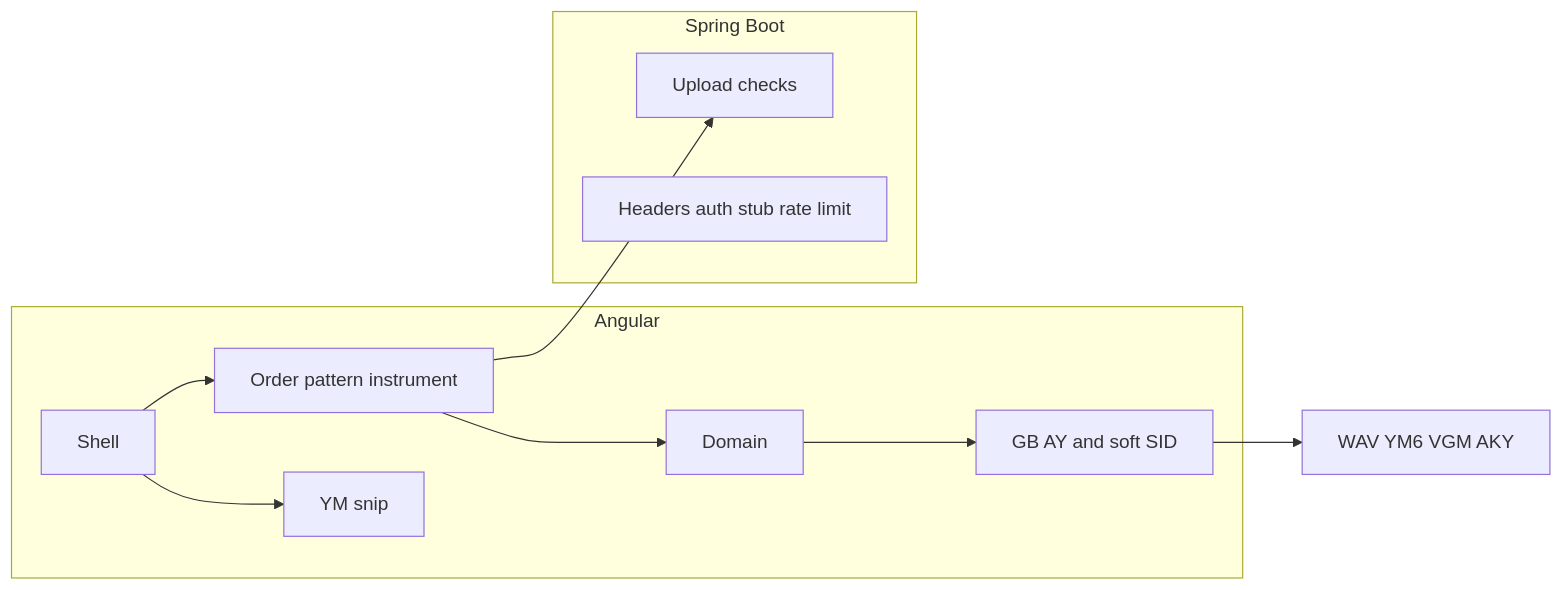
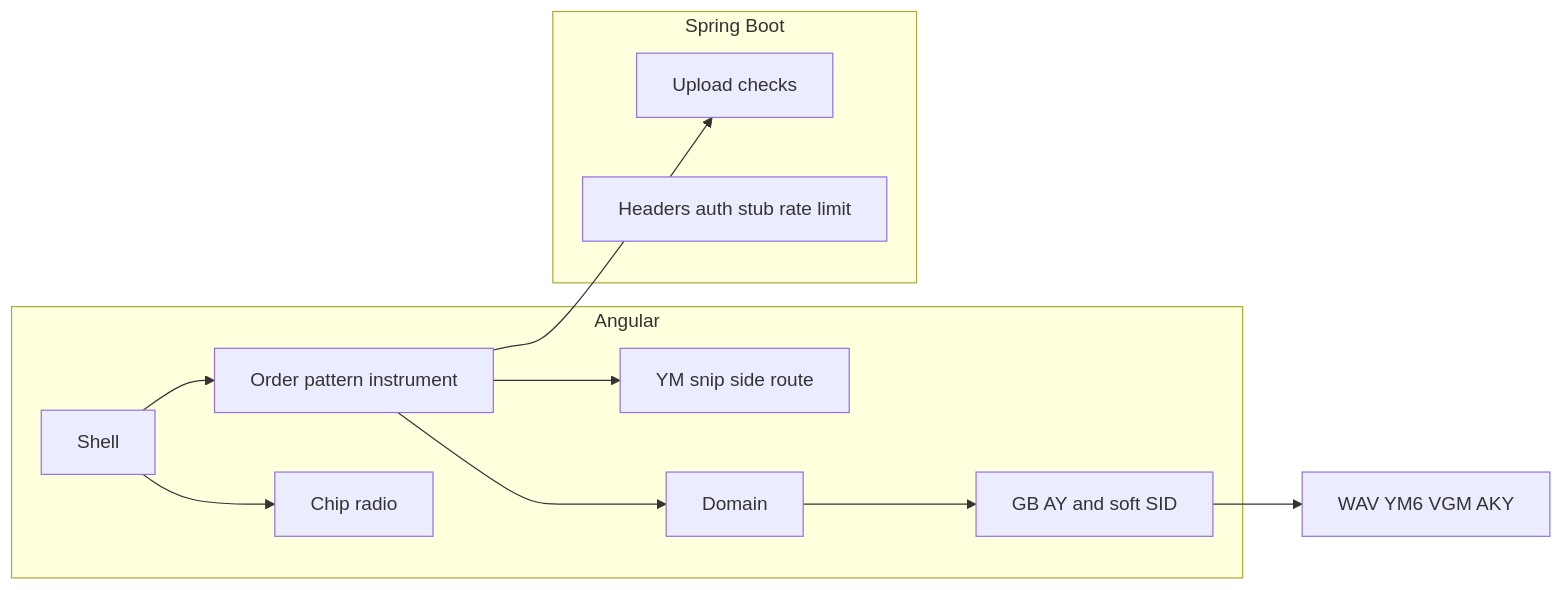
Before and after one commit to b-mag/chippy: the diagram in README.md, drawn with Mermaid. The commit also changed other lines of this file and 9 other files, not shown here.

````diff
--- a/README.md
+++ b/README.md
@@ -61,20 +57,22 @@
 ```mermaid
 flowchart LR
   subgraph ui [Angular]
     Shell[Shell]
     Tracker[Order pattern instrument]
-    Listen[YM snip]
+    Radio[Chip radio]
+    Listen[YM snip side route]
     Domain[Domain]
     Engines[GB AY and soft SID]
   end
   subgraph api [Spring Boot]
     Validate[Upload checks]
     Security[Headers auth stub rate limit]
   end
   Shell --> Tracker
-  Shell --> Listen
+  Shell --> Radio
+  Tracker --> Listen
   Tracker --> Domain
   Domain --> Engines
   Engines --> Exports[WAV YM6 VGM AKY]
   Tracker --> Validate
 ```
````
